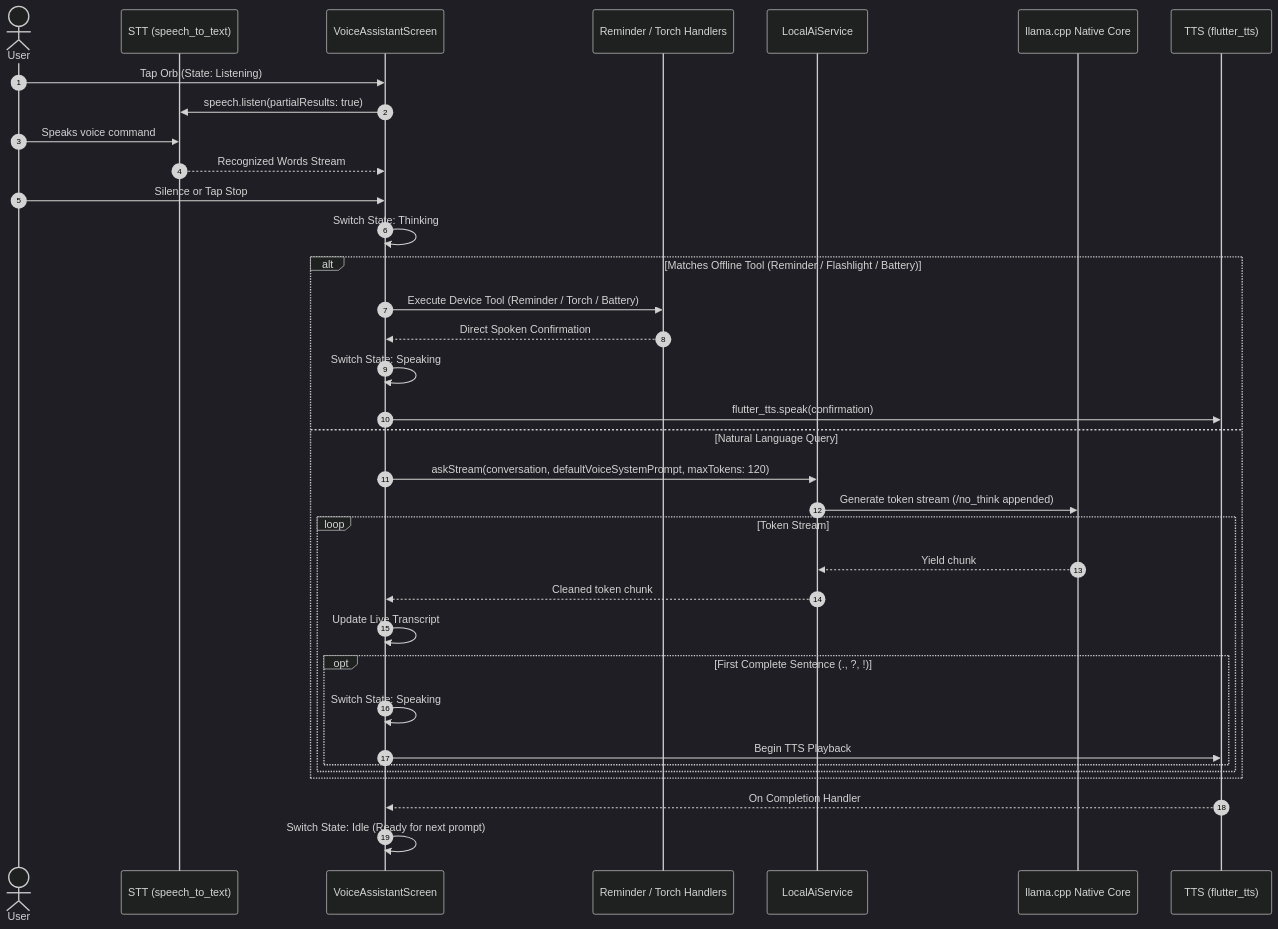
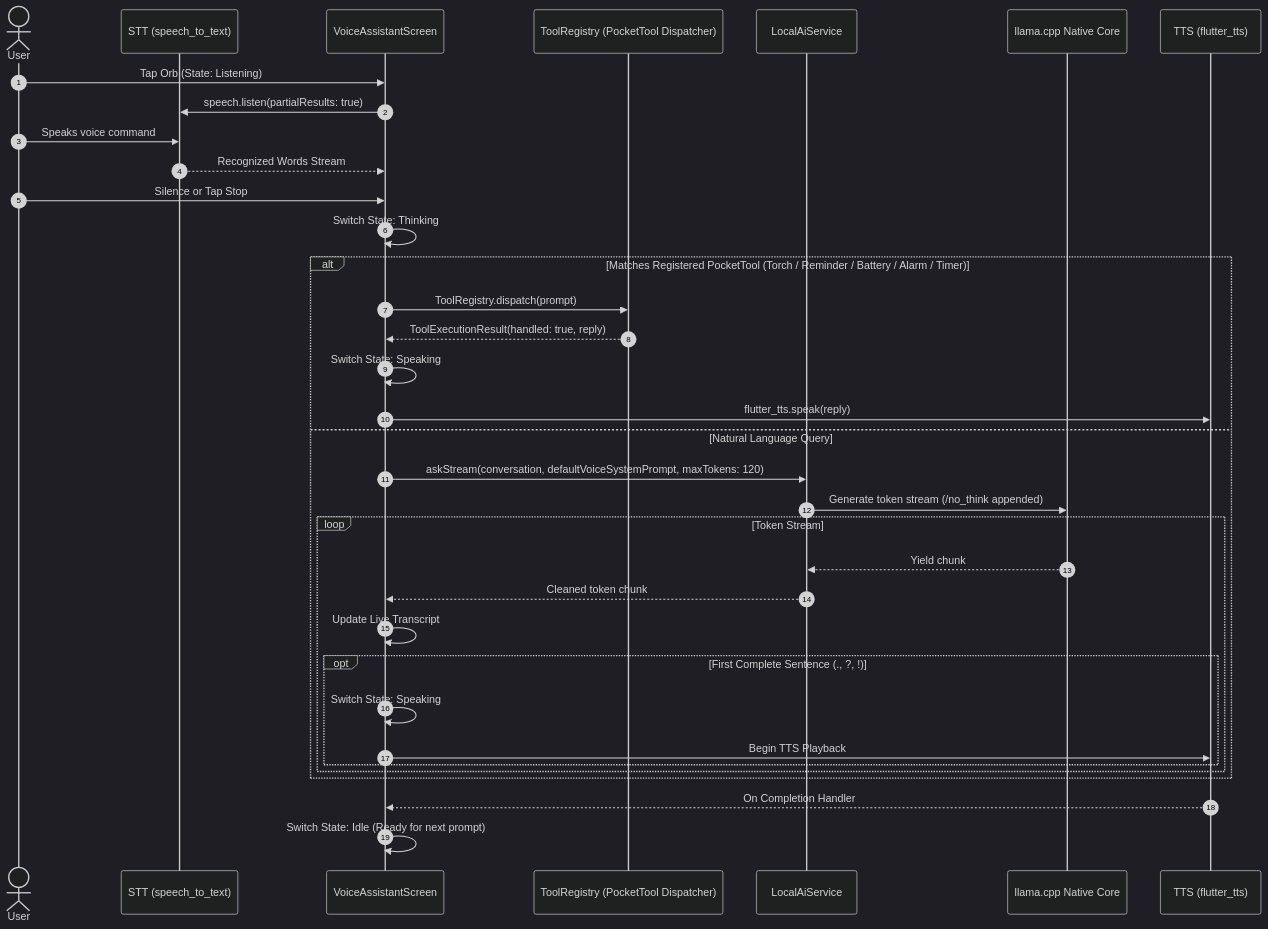
One commit to SubramanyaKS/PocketAI changed the fourth of 5 diagrams in docs/architecture.md. Above: the diagram before and after it, drawn with Mermaid (dark theme). The commit also changed other lines of this file and 16 other files, not shown here.

Commit message:
added alarm and timer tool

````diff
--- a/docs/architecture.md
+++ b/docs/architecture.md
@@ -176,41 +186,41 @@
 ```mermaid
 sequenceDiagram
     autonumber
     actor User
     participant Mic as STT (speech_to_text)
     participant VoiceUI as VoiceAssistantScreen
-    participant Intent as Reminder / Torch Handlers
+    participant Registry as ToolRegistry (PocketTool Dispatcher)
     participant AI as LocalAiService
     participant Engine as llama.cpp Native Core
     participant Speaker as TTS (flutter_tts)
 
     User->>VoiceUI: Tap Orb (State: Listening)
     VoiceUI->>Mic: speech.listen(partialResults: true)
     User->>Mic: Speaks voice command
     Mic-->>VoiceUI: Recognized Words Stream
     User->>VoiceUI: Silence or Tap Stop
     
     VoiceUI->>VoiceUI: Switch State: Thinking
     
-    alt Matches Offline Tool (Reminder / Flashlight / Battery)
-        VoiceUI->>Intent: Execute Device Tool (Reminder / Torch / Battery)
-        Intent-->>VoiceUI: Direct Spoken Confirmation
+    alt Matches Registered PocketTool (Torch / Reminder / Battery / Alarm / Timer)
+        VoiceUI->>Registry: ToolRegistry.dispatch(prompt)
+        Registry-->>VoiceUI: ToolExecutionResult(handled: true, reply)
         VoiceUI->>VoiceUI: Switch State: Speaking
-        VoiceUI->>Speaker: flutter_tts.speak(confirmation)
+        VoiceUI->>Speaker: flutter_tts.speak(reply)
     else Natural Language Query
         VoiceUI->>AI: askStream(conversation, defaultVoiceSystemPrompt, maxTokens: 120)
         AI->>Engine: Generate token stream (/no_think appended)
         loop Token Stream
             Engine-->>AI: Yield chunk
             AI-->>VoiceUI: Cleaned token chunk
             VoiceUI->>VoiceUI: Update Live Transcript
             opt First Complete Sentence (., ?, !)
                 VoiceUI->>VoiceUI: Switch State: Speaking
                 VoiceUI->>Speaker: Begin TTS Playback
             end
         end
     end
 
     Speaker-->>VoiceUI: On Completion Handler
     VoiceUI->>VoiceUI: Switch State: Idle (Ready for next prompt)
 ```
````
